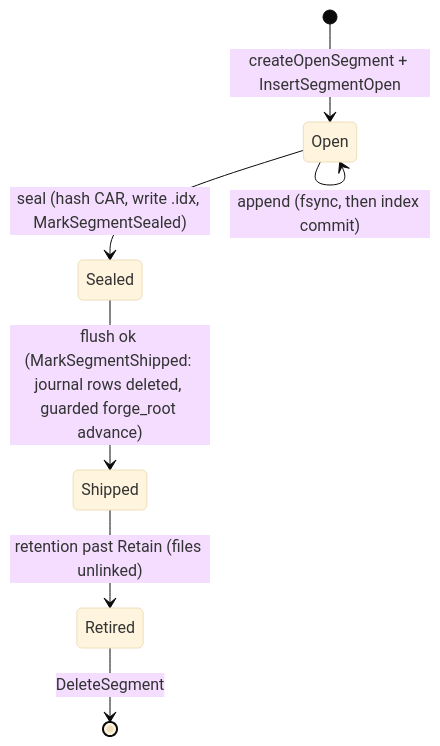
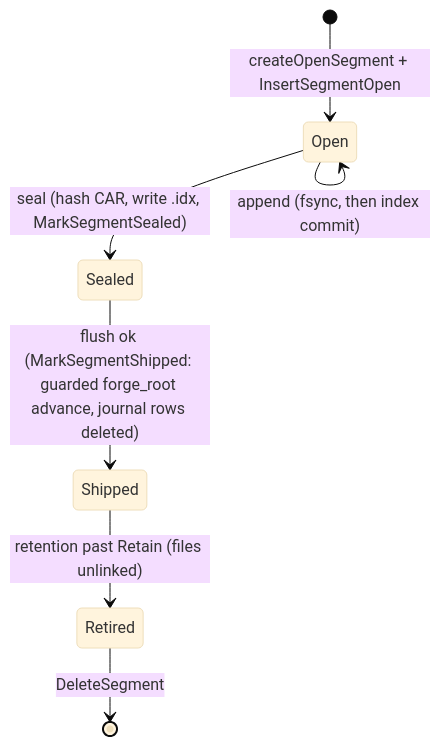
One commit to fil-forge/ingot changed the second of 2 diagrams in logstore/README.md. Above: the diagram before and after it, drawn with Mermaid (base theme). The commit also changed other lines of this file and 8 other files, not shown here.

First line of the commit message:
Keep journal rows from outliving a failed ship stamp

````diff
--- a/logstore/README.md
+++ b/logstore/README.md
@@ -94,9 +98,9 @@
 ```mermaid
 stateDiagram-v2
     [*] --> Open : createOpenSegment + InsertSegmentOpen
     Open --> Open : append (fsync, then index commit)
     Open --> Sealed : seal (hash CAR, write .idx, MarkSegmentSealed)
-    Sealed --> Shipped : flush ok (MarkSegmentShipped: journal rows deleted, guarded forge_root advance)
+    Sealed --> Shipped : flush ok (MarkSegmentShipped: guarded forge_root advance, journal rows deleted)
     Shipped --> Retired : retention past Retain (files unlinked)
     Retired --> [*] : DeleteSegment
 ```
````
